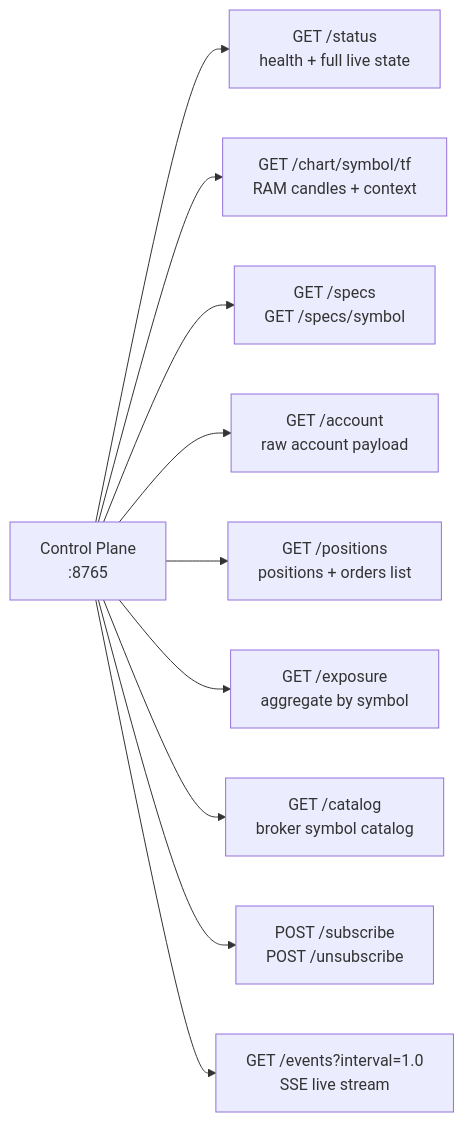
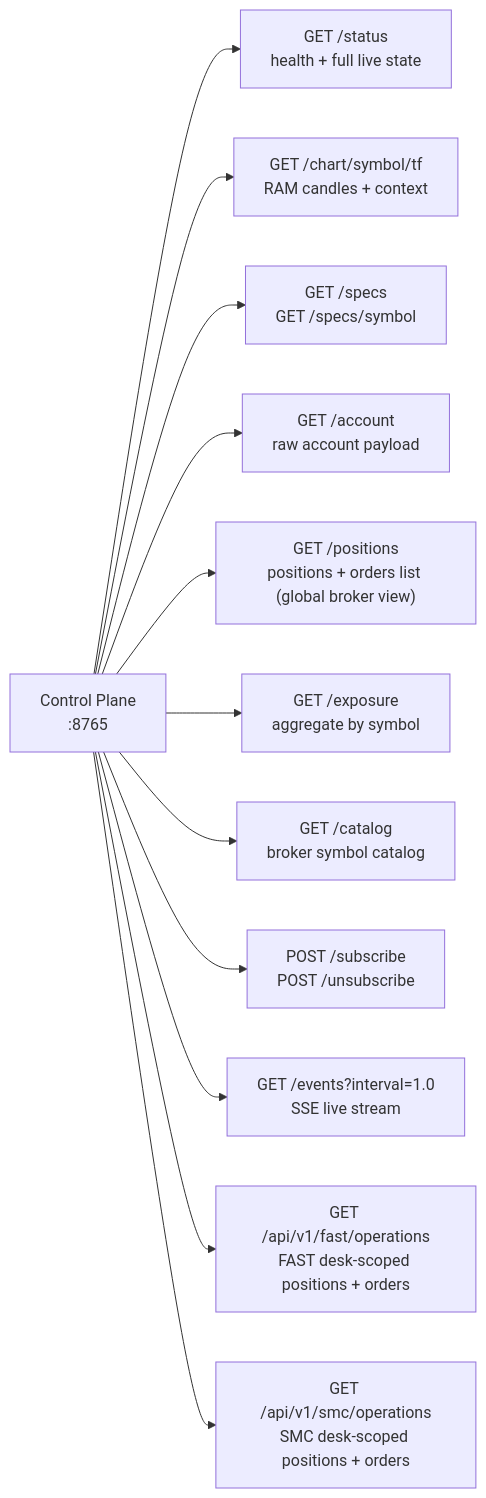
The seventh of 12 diagrams in docs/ARCHITECTURE.md (SergioDG-YCC/heuristic-metatrader5-bridge), drawn with Mermaid before and after one commit. The commit also changed other lines of this file and 189 other files, not shown here.

````diff
--- a/docs/ARCHITECTURE.md
+++ b/docs/ARCHITECTURE.md
@@ -401,13 +402,15 @@
 ```mermaid
 graph LR
     CP["Control Plane\n:8765"]
     CP --> E1["GET /status\nhealth + full live state"]
     CP --> E2["GET /chart/symbol/tf\nRAM candles + context"]
     CP --> E3["GET /specs\nGET /specs/symbol"]
     CP --> E4["GET /account\nraw account payload"]
-    CP --> E5["GET /positions\npositions + orders list"]
+    CP --> E5["GET /positions\npositions + orders list (global broker view)"]
     CP --> E6["GET /exposure\naggregate by symbol"]
     CP --> E7["GET /catalog\nbroker symbol catalog"]
     CP --> E8["POST /subscribe\nPOST /unsubscribe"]
     CP --> E9["GET /events?interval=1.0\nSSE live stream"]
+    CP --> E10["GET /api/v1/fast/operations\nFAST desk-scoped positions + orders"]
+    CP --> E11["GET /api/v1/smc/operations\nSMC desk-scoped positions + orders"]
 ```
````
